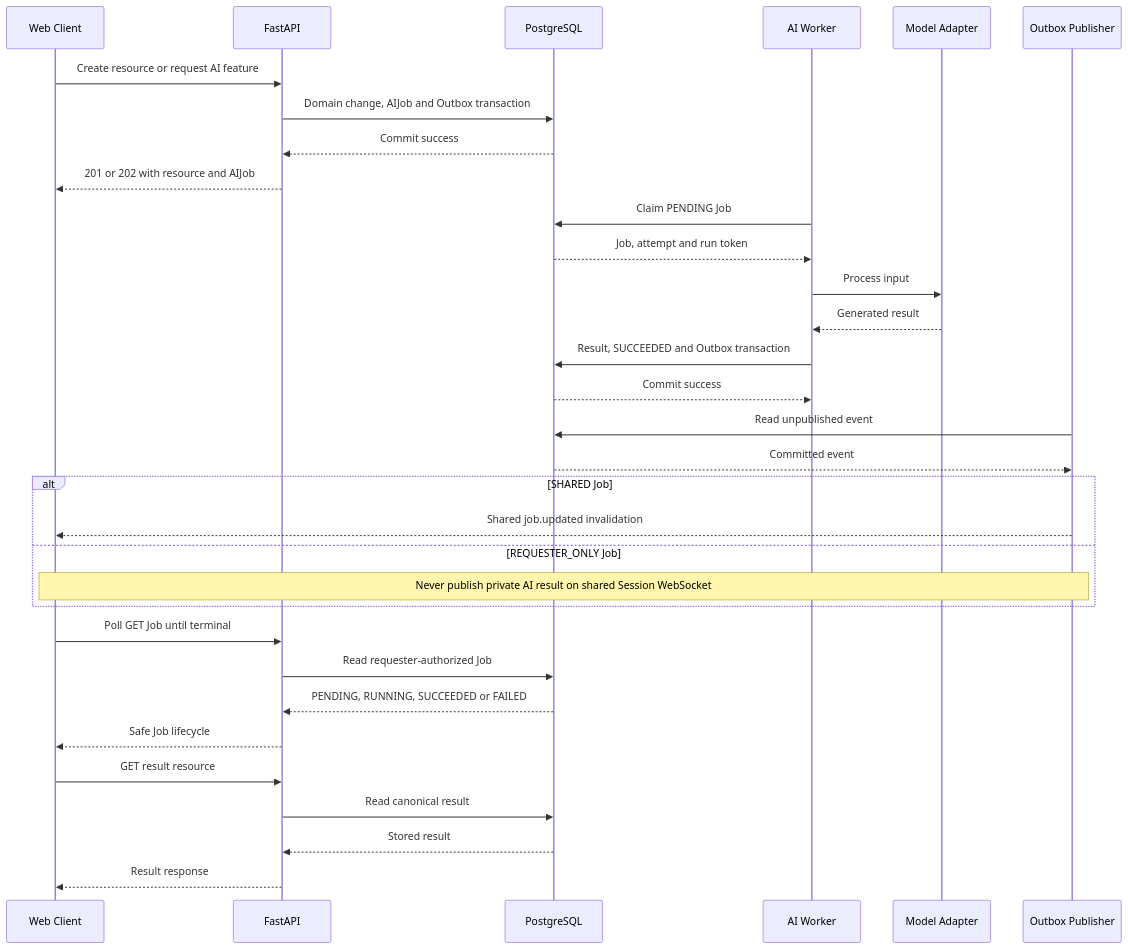
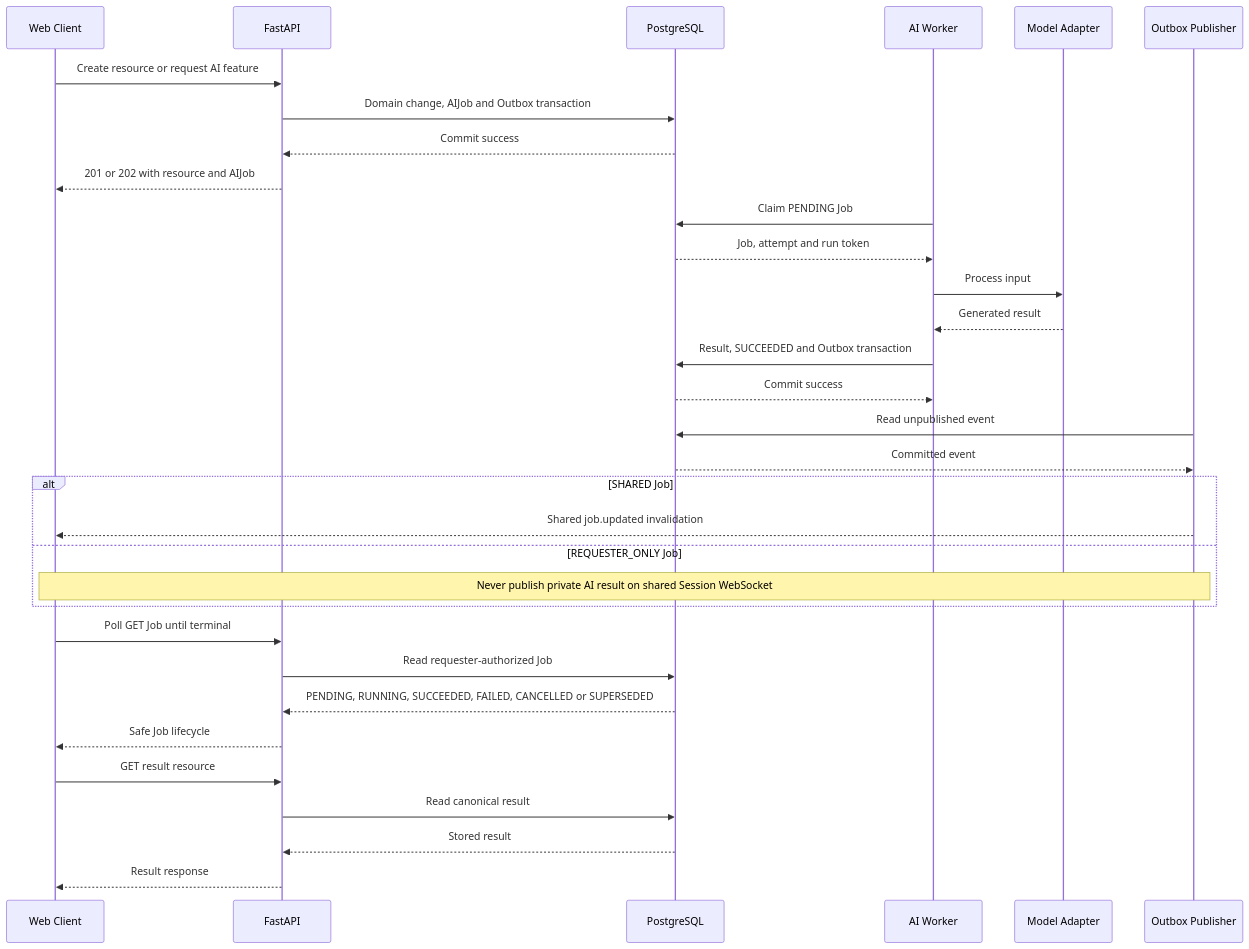
Before and after one commit to madcamp-official/26s-w2-c2-08: the fifth of 9 diagrams in docs/architecture/시스템구성도.md, drawn with Mermaid. The commit also changed other lines of this file and 5 other files, not shown here.

````diff
--- a/docs/architecture/시스템구성도.md
+++ b/docs/architecture/시스템구성도.md
@@ -414,35 +414,35 @@
 ```mermaid
 sequenceDiagram
     participant client as Web Client
     participant api as FastAPI
     participant database as PostgreSQL
     participant worker as AI Worker
     participant model as Model Adapter
     participant publisher as Outbox Publisher
 
     client->>api: Create resource or request AI feature
     api->>database: Domain change, AIJob and Outbox transaction
     database-->>api: Commit success
     api-->>client: 201 or 202 with resource and AIJob
     worker->>database: Claim PENDING Job
     database-->>worker: Job, attempt and run token
     worker->>model: Process input
     model-->>worker: Generated result
     worker->>database: Result, SUCCEEDED and Outbox transaction
     database-->>worker: Commit success
     publisher->>database: Read unpublished event
     database-->>publisher: Committed event
     alt SHARED Job
         publisher-->>client: Shared job.updated invalidation
     else REQUESTER_ONLY Job
         Note over publisher,client: Never publish private AI result on shared Session WebSocket
     end
     client->>api: Poll GET Job until terminal
     api->>database: Read requester-authorized Job
-    database-->>api: PENDING, RUNNING, SUCCEEDED or FAILED
+    database-->>api: PENDING, RUNNING, SUCCEEDED, FAILED, CANCELLED or SUPERSEDED
     api-->>client: Safe Job lifecycle
     client->>api: GET result resource
     api->>database: Read canonical result
     database-->>api: Stored result
     api-->>client: Result response
 ```
````
